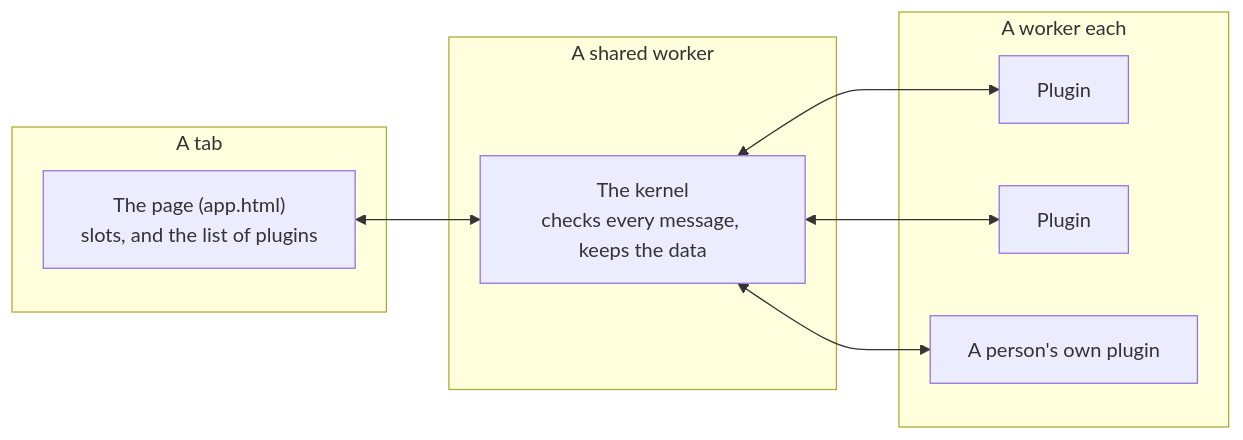
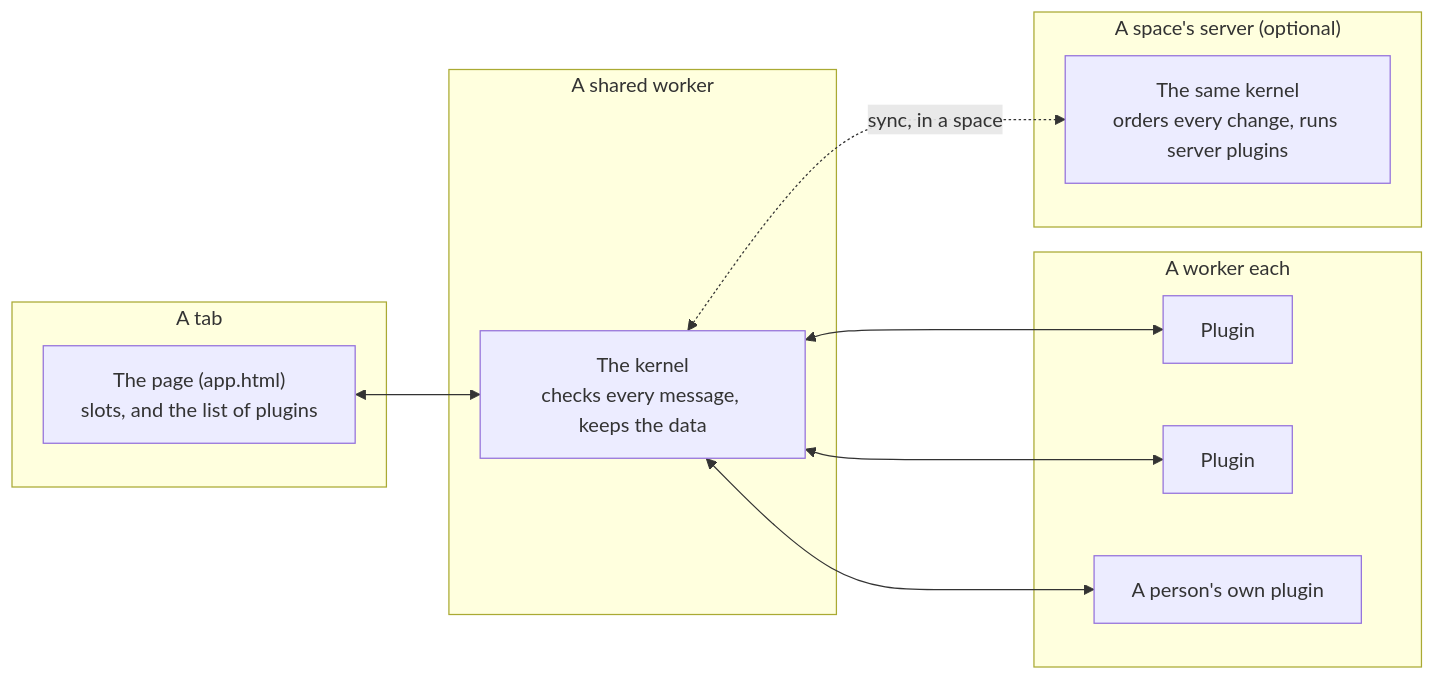
One commit to PaulKinlan/ExtensibleWebApps changed the diagram in docs/README.md. Above: the diagram before and after it, drawn with Mermaid. The commit also changed other lines of this file and 23 other files, not shown here.

````diff
--- a/docs/README.md
+++ b/docs/README.md
@@ -7,18 +7,22 @@
 ```mermaid
 flowchart LR
     subgraph Tab["A tab"]
         Page["The page (app.html)<br/>slots, and the list of plugins"]
     end
     subgraph Shared["A shared worker"]
         Kernel["The kernel<br/>checks every message, keeps the data"]
     end
     subgraph Workers["A worker each"]
         A["Plugin"]
         B["Plugin"]
         C["A person's own plugin"]
     end
+    subgraph Server["A space's server (optional)"]
+        SK["The same kernel<br/>orders every change, runs server plugins"]
+    end
     Page <--> Kernel
     Kernel <--> A
     Kernel <--> B
     Kernel <--> C
+    Kernel <-.->|"sync, in a space"| SK
 ```
````
